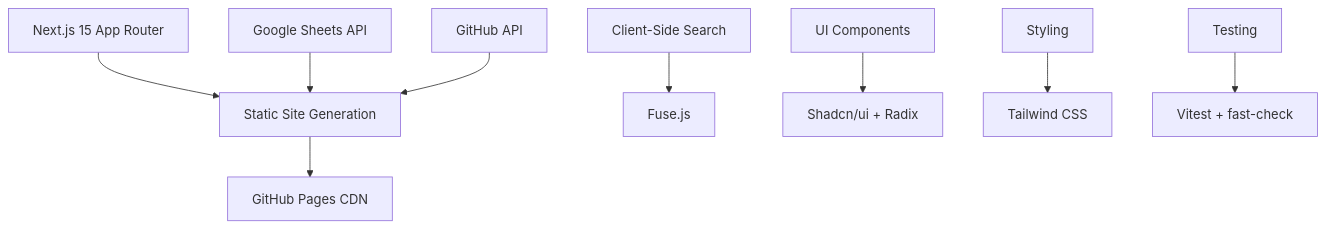
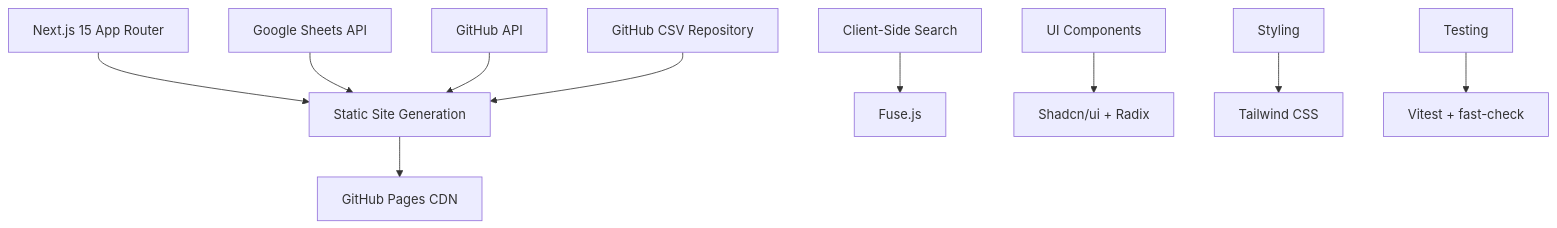
The diagram in README.md (TrainWithShubham/community-website), drawn with Mermaid before and after one commit. The commit also changed other lines of this file and 19 other files, not shown here.

First line of the commit message:
feat(interview-questions): migrate to GitHub CSV with performance optimizations

````diff
--- a/README.md
+++ b/README.md
@@ -105,11 +107,12 @@
 ```mermaid
 graph TB
     A[Next.js 15 App Router] --> B[Static Site Generation]
     B --> C[GitHub Pages CDN]
     D[Google Sheets API] --> B
     E[GitHub API] --> B
-    F[Client-Side Search] --> G[Fuse.js]
-    H[UI Components] --> I[Shadcn/ui + Radix]
-    J[Styling] --> K[Tailwind CSS]
-    L[Testing] --> M[Vitest + fast-check]
+    F[GitHub CSV Repository] --> B
+    G[Client-Side Search] --> H[Fuse.js]
+    I[UI Components] --> J[Shadcn/ui + Radix]
+    K[Styling] --> L[Tailwind CSS]
+    M[Testing] --> N[Vitest + fast-check]
 ```
````
